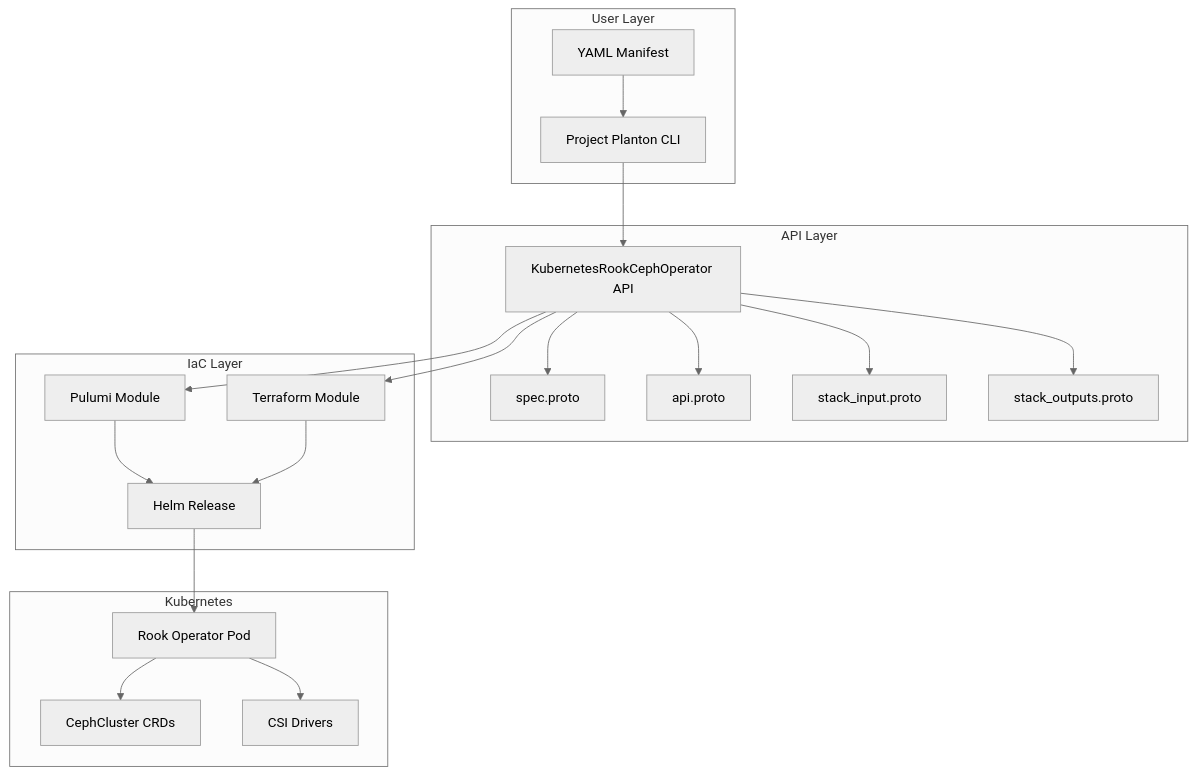
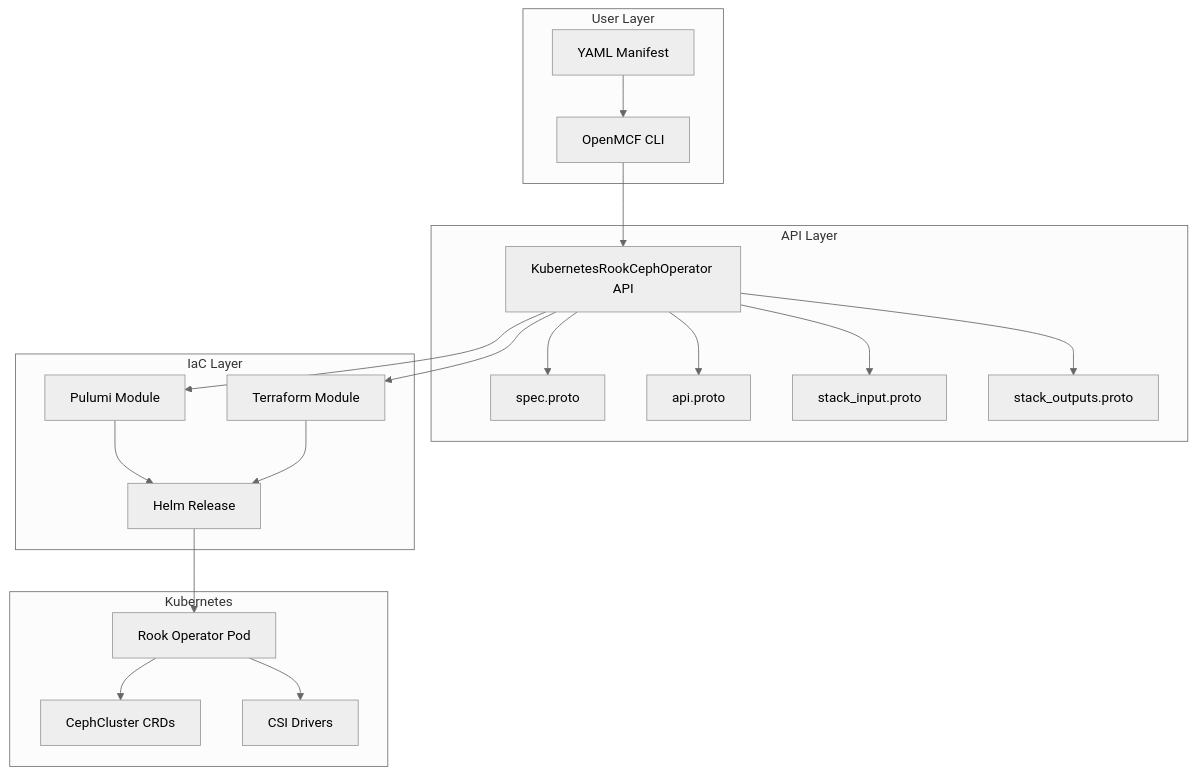
Before and after one commit to plantonhq/openmcf: the diagram in _changelog/2026-01/2026-01-23-225900-kubernetes-rook-ceph-operator-component.md, drawn with Mermaid (neutral theme). The commit also changed other lines of this file and 11262 other files, not shown here.

````diff
--- a/_changelog/2026-01/2026-01-23-225900-kubernetes-rook-ceph-operator-component.md
+++ b/_changelog/2026-01/2026-01-23-225900-kubernetes-rook-ceph-operator-component.md
@@ -28,28 +28,28 @@
 ```mermaid
 flowchart TB
     subgraph "User Layer"
-        A[YAML Manifest] --> B[Project Planton CLI]
+        A[YAML Manifest] --> B[OpenMCF CLI]
     end
     
     subgraph "API Layer"
         B --> C[KubernetesRookCephOperator API]
         C --> D[spec.proto]
         C --> E[api.proto]
         C --> F[stack_input.proto]
         C --> G[stack_outputs.proto]
     end
     
     subgraph "IaC Layer"
         H[Pulumi Module] --> I[Helm Release]
         J[Terraform Module] --> I
     end
     
     subgraph "Kubernetes"
         I --> K[Rook Operator Pod]
         K --> L[CephCluster CRDs]
         K --> M[CSI Drivers]
     end
     
     C --> H
     C --> J
 ```
````
